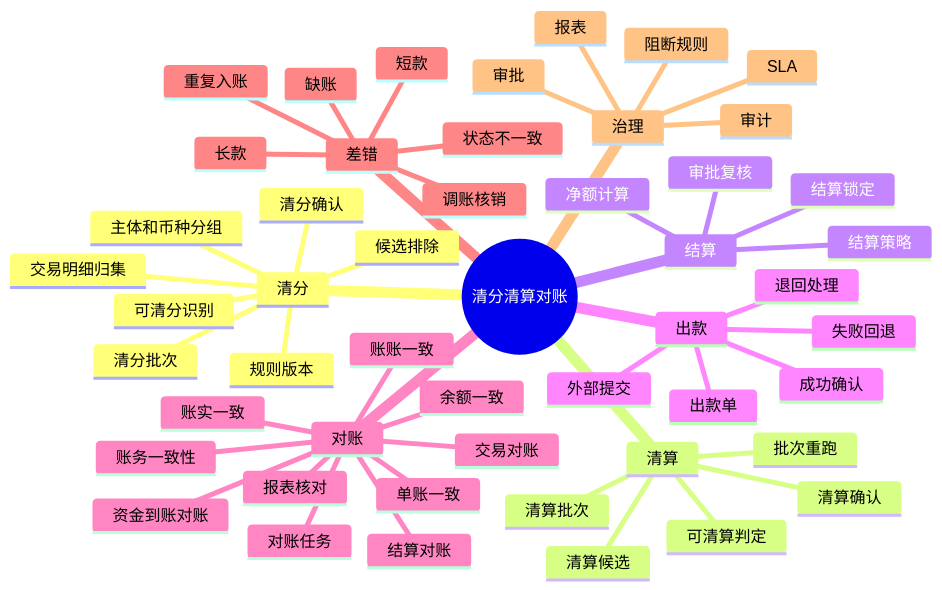
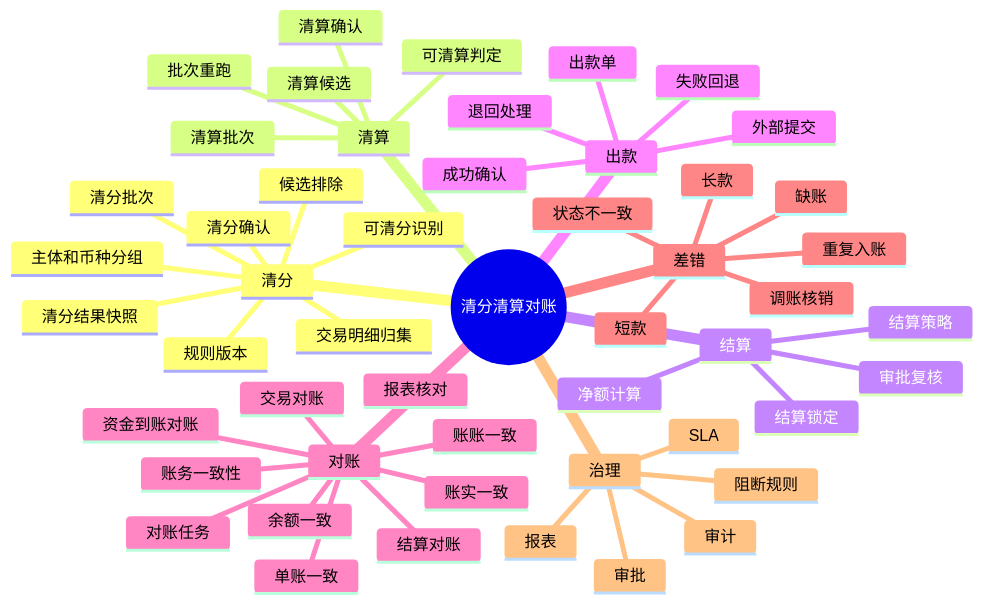
One commit to fengwuxp/wind-funds changed the first of 13 diagrams in docs/产品设计/03-清结算与对账.md. Above: the diagram before and after it, drawn with Mermaid. The commit also changed other lines of this file and 52 other files, not shown here.

````diff
--- a/docs/产品设计/03-清结算与对账.md
+++ b/docs/产品设计/03-清结算与对账.md
@@ -108,53 +109,54 @@
 ```mermaid
 mindmap
   root((清分清算对账))
     清分
       可清分识别
       交易明细归集
       主体和币种分组
       清分批次
       清分确认
+      清分结果快照
       规则版本
       候选排除
     清算
       清算候选
       可清算判定
       清算批次
       清算确认
       批次重跑
     结算
       结算策略
       净额计算
       审批复核
       结算锁定
     出款
       出款单
       外部提交
       成功确认
       失败回退
       退回处理
     对账
       交易对账
       资金到账对账
       账务一致性
       结算对账
       账实一致
       账账一致
       单账一致
       余额一致
       对账任务
       报表核对
     差错
       长款
       短款
       状态不一致
       重复入账
       缺账
       调账核销
     治理
       阻断规则
       审批
       审计
       报表
       SLA
 ```
````
